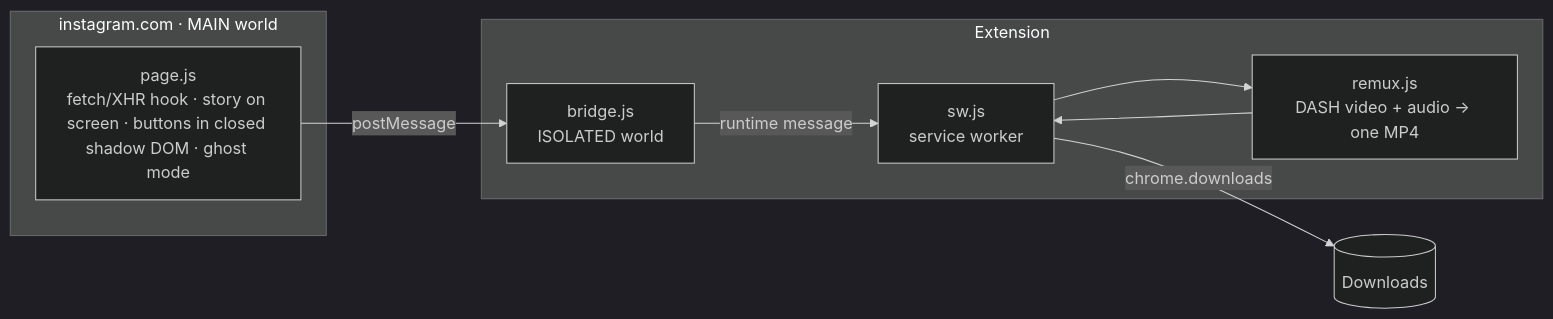
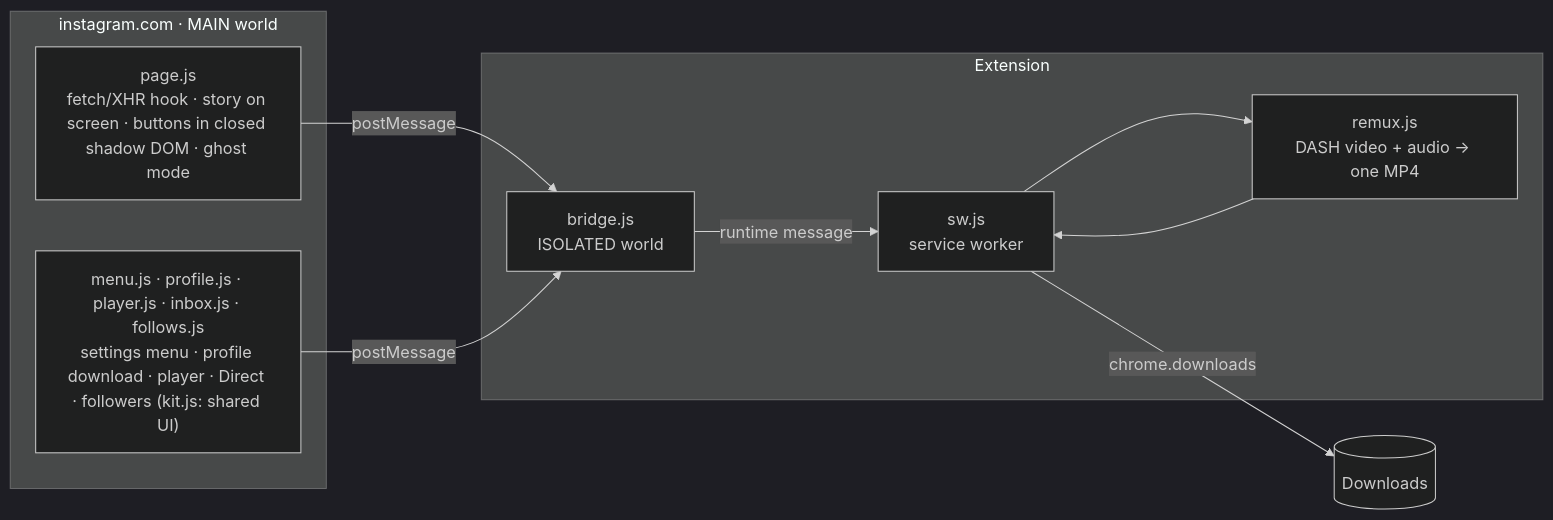
Before and after one commit to DredsGG/salva-stories: the diagram in README.md, drawn with Mermaid (dark theme). The commit also changed other lines of this file and 20 other files, not shown here.

Commit message:
v1.5.1: settings menu inside Instagram, profile download, video player, Direct multi-select and followers check

````diff
--- a/README.md
+++ b/README.md
@@ -40,14 +59,15 @@
 ```mermaid
 flowchart LR
   subgraph Page["instagram.com · MAIN world"]
     P["page.js<br/>fetch/XHR hook · story on screen · buttons in closed shadow DOM · ghost mode"]
+    M["menu.js · profile.js · player.js · inbox.js · follows.js<br/>settings menu · profile download · player · Direct · followers (kit.js: shared UI)"]
   end
   subgraph Ext["Extension"]
     B["bridge.js<br/>ISOLATED world"]
     SW["sw.js<br/>service worker"]
     R["remux.js<br/>DASH video + audio → one MP4"]
   end
-  P -- postMessage --> B -- runtime message --> SW
+  P & M -- postMessage --> B -- runtime message --> SW
   SW -- chrome.downloads --> D[("Downloads")]
   SW --> R --> SW
 ```
````
